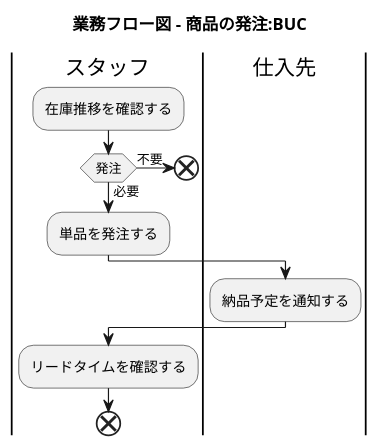
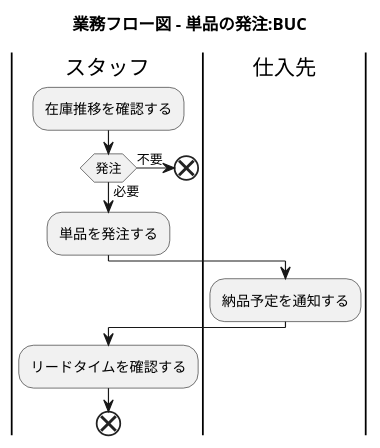
The tenth of 32 diagrams in docs/index.adoc (k2works/application_programing_excercise_2022), drawn with PlantUML before and after one commit. The commit also changed other lines of this file, not shown here.

Commit message:
docs: ユースケース複合図

```diff
--- a/docs/index.adoc
+++ b/docs/index.adoc
@@ -377,21 +376,21 @@
 [plantuml]
 ----
 @startuml
 
-title 業務フロー図 - 商品の発注:BUC
+title 業務フロー図 - 単品の発注:BUC
 
 |スタッフ|
 :在庫推移を確認する;
 if (発注) then (不要)
  end
 else (必要)
  :単品を発注する;
  |仕入先|
  :納品予定を通知する;
  |スタッフ|
  :リードタイムを確認する;
 endif
 end
 
 @enduml
 ----
```
